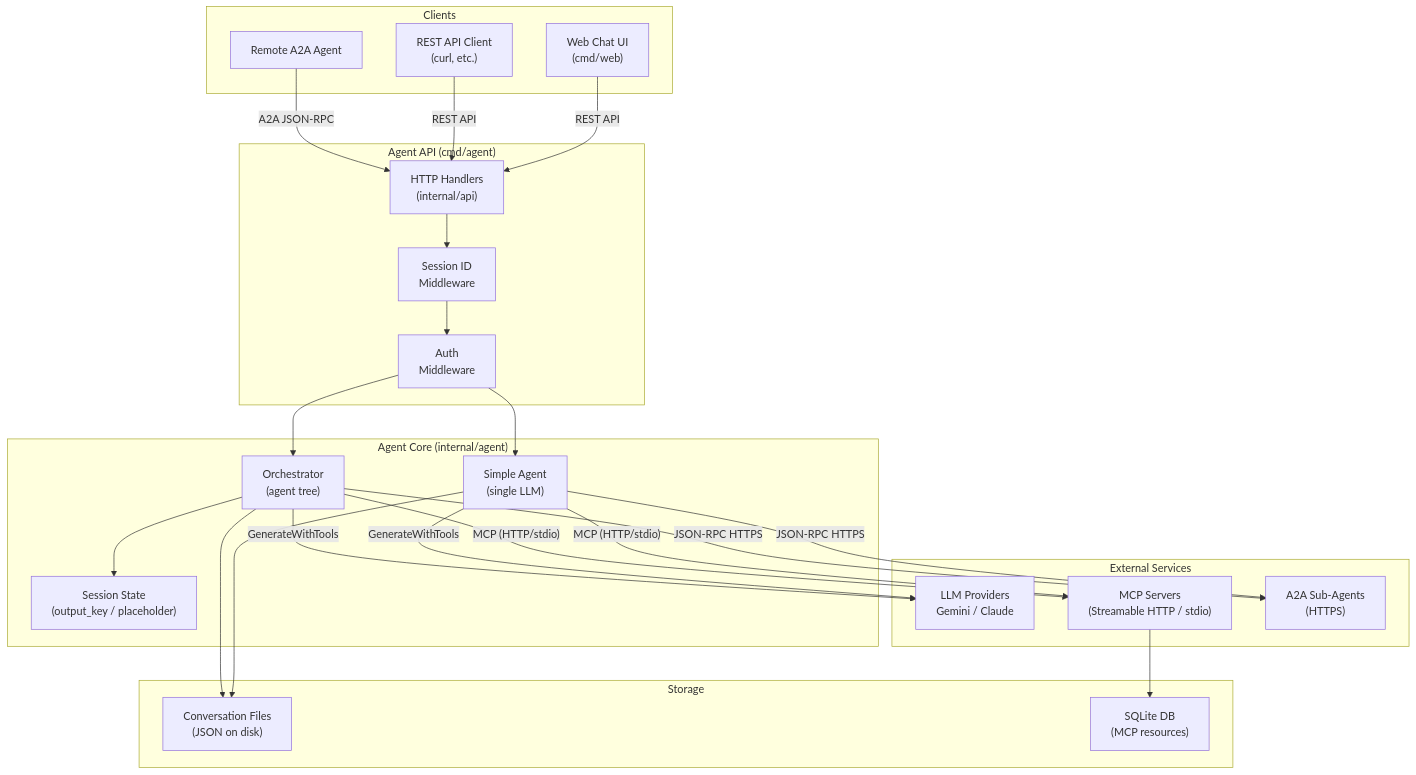
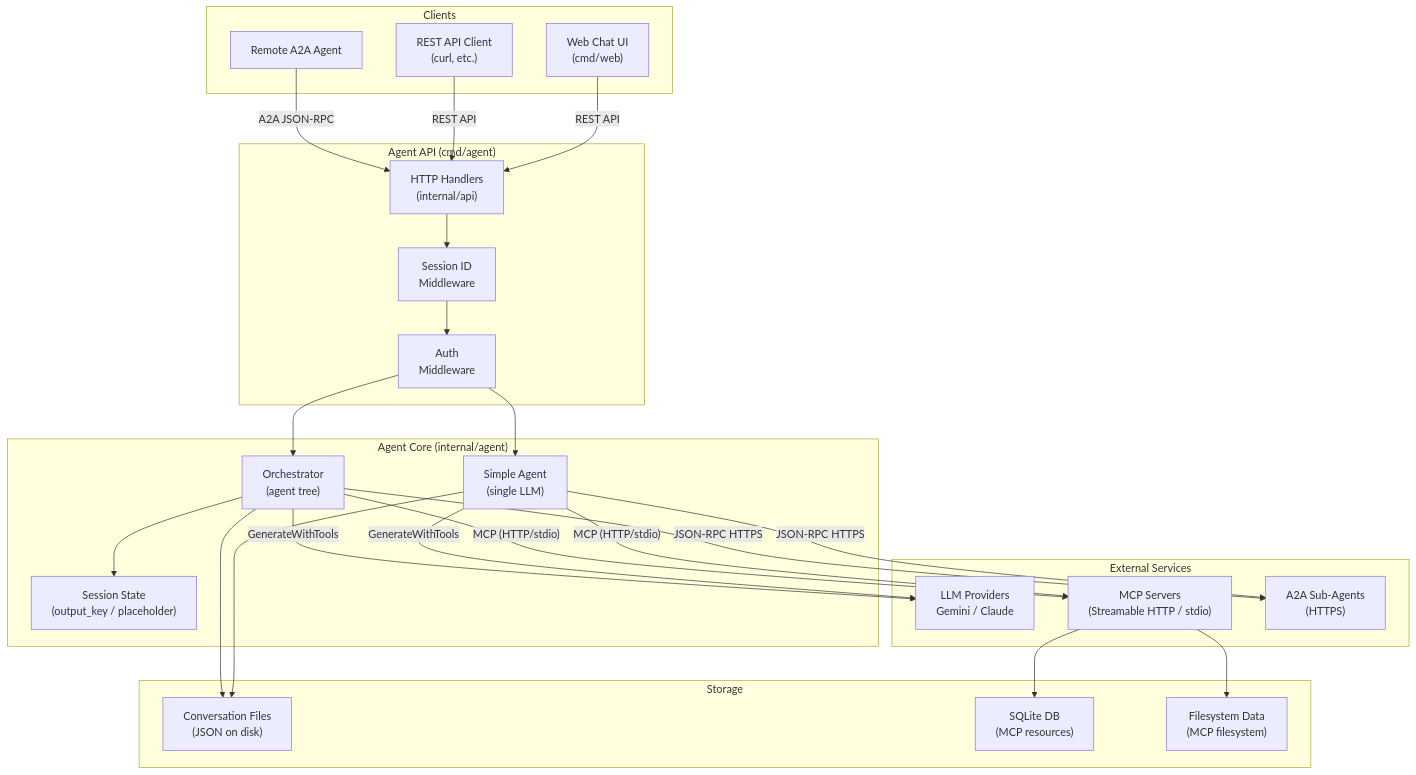
The first of 11 diagrams in docs/architecture.md (smorand/agent-stop-and-go), drawn with Mermaid before and after one commit. The commit also changed 9 other files, not shown here.

````diff
--- a/docs/architecture.md
+++ b/docs/architecture.md
@@ -9,53 +9,55 @@
 ```mermaid
 graph TB
     subgraph "Clients"
         WebUI["Web Chat UI<br/>(cmd/web)"]
         REST["REST API Client<br/>(curl, etc.)"]
         RemoteAgent["Remote A2A Agent"]
     end
 
     subgraph "Agent API (cmd/agent)"
         API["HTTP Handlers<br/>(internal/api)"]
         SID["Session ID<br/>Middleware"]
         Auth["Auth<br/>Middleware"]
     end
 
     subgraph "Agent Core (internal/agent)"
         Simple["Simple Agent<br/>(single LLM)"]
         Orch["Orchestrator<br/>(agent tree)"]
         State["Session State<br/>(output_key / placeholder)"]
     end
 
     subgraph "External Services"
         LLM["LLM Providers<br/>Gemini / Claude"]
         MCP["MCP Servers<br/>(Streamable HTTP / stdio)"]
         A2ARemote["A2A Sub-Agents<br/>(HTTPS)"]
     end
 
     subgraph "Storage"
         JSONFiles["Conversation Files<br/>(JSON on disk)"]
         SQLite["SQLite DB<br/>(MCP resources)"]
+        FSData["Filesystem Data<br/>(MCP filesystem)"]
     end
 
     WebUI -->|"REST API"| API
     REST -->|"REST API"| API
     RemoteAgent -->|"A2A JSON-RPC"| API
 
     API --> SID --> Auth
     Auth --> Simple
     Auth --> Orch
 
     Simple -->|"GenerateWithTools"| LLM
     Orch -->|"GenerateWithTools"| LLM
     Orch --> State
 
     Simple -->|"MCP (HTTP/stdio)"| MCP
     Orch -->|"MCP (HTTP/stdio)"| MCP
 
     Simple -->|"JSON-RPC HTTPS"| A2ARemote
     Orch -->|"JSON-RPC HTTPS"| A2ARemote
 
     Simple --> JSONFiles
     Orch --> JSONFiles
     MCP --> SQLite
+    MCP --> FSData
 ```
````
